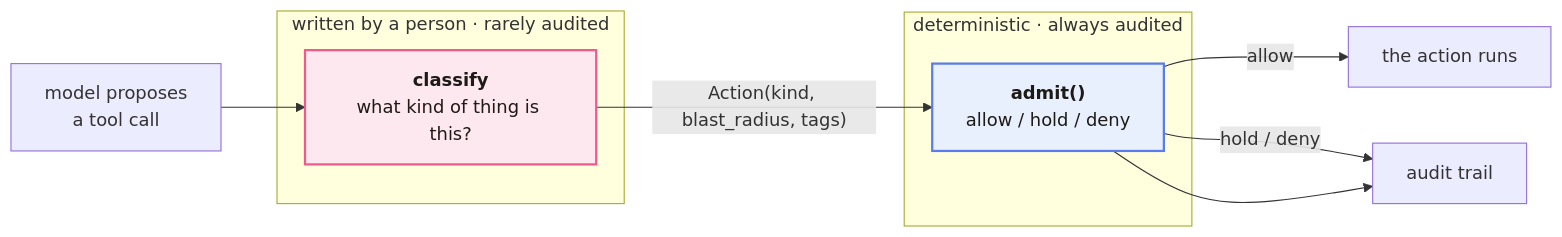
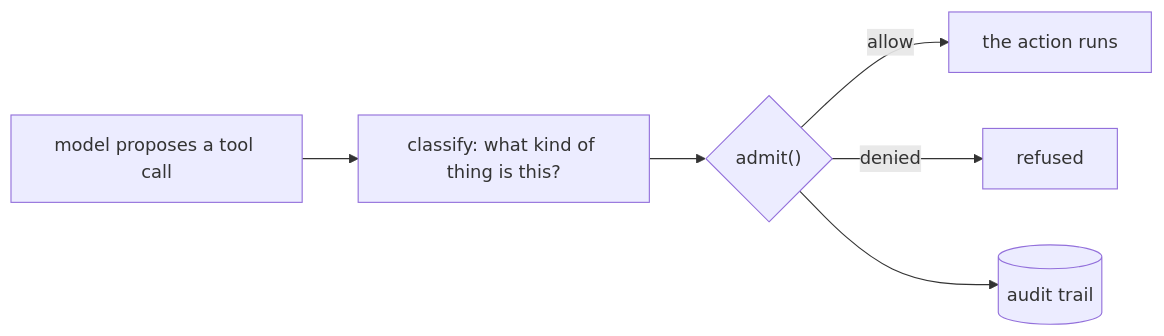
One commit to tuliplabs-ai/docs changed the first of 2 diagrams in docs/research/policy-blindness.md. Above: the diagram before and after it, drawn with Mermaid. The commit also changed other lines of this file, not shown here.

````diff
--- a/docs/research/policy-blindness.md
+++ b/docs/research/policy-blindness.md
@@ -20,22 +20,8 @@
 ```mermaid
-graph LR
-  M["model proposes<br/>a tool call"] --> C
-
-  subgraph soft ["written by a person · rarely audited"]
-    C["<b>classify</b><br/>what kind of thing is this?"]
-  end
-
-  subgraph hard ["deterministic · always audited"]
-    G["<b>admit()</b><br/>allow / hold / deny"]
-  end
-
-  C -->|"Action(kind, blast_radius, tags)"| G
-  G -->|allow| P["the action runs"]
-  G -->|hold / deny| T["audit trail"]
-  G --> T
-
-  classDef soften fill:#fde8f0,stroke:#ED5A8B,stroke-width:2px,color:#1E1B17
-  classDef harden fill:#e8f0fd,stroke:#5A7BED,stroke-width:2px,color:#1E1B17
-  class C soften
-  class G harden
+flowchart LR
+  M[model proposes a tool call] --> C
+  C[classify: what kind of thing is this?] --> G
+  G{"admit()"} -->|allow| P[the action runs]
+  G -->|denied| X[refused]
+  G --> A[(audit trail)]
 ```
````
